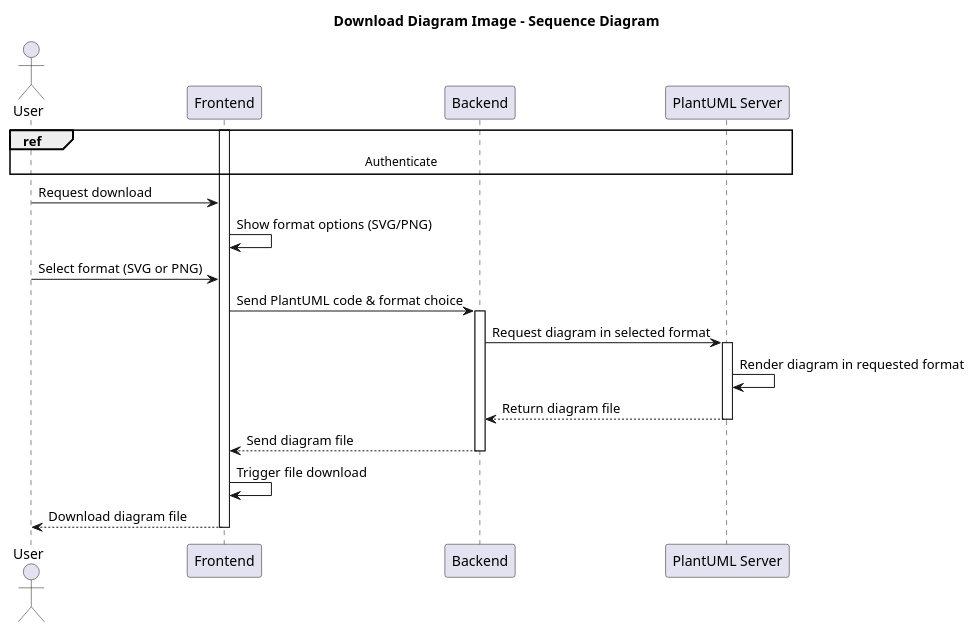
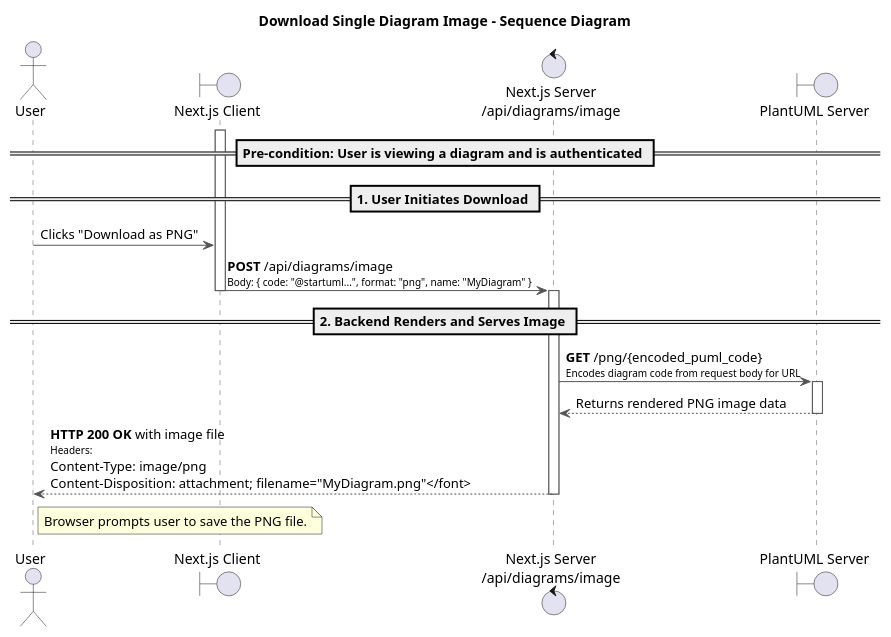
Before and after one commit to souhaib-askri/report_pfe: the diagram in conception/SprintIV/sequence_diagrams/sequence_workspaceManagement_4_5_DownloadDiagramImages.puml, drawn with PlantUML. The commit also changed 20 other files, not shown here.

Commit message:
update sequence diagram

```diff
--- a/conception/SprintIV/sequence_diagrams/sequence_workspaceManagement_4_5_DownloadDiagramImages.puml
+++ b/conception/SprintIV/sequence_diagrams/sequence_workspaceManagement_4_5_DownloadDiagramImages.puml
@@ -1,35 +1,40 @@
 @startuml
-title Download Diagram Image - Sequence Diagram
+title Download Single Diagram Image - Sequence Diagram
 
 actor User
-participant Frontend
-participant Backend
-participant "PlantUML Server" as PlantUML
+boundary "Next.js Client" as Client
+control "Next.js Server\n/api/diagrams/image" as Server
+boundary "PlantUML Server" as PlantUML
 
-ref over User, PlantUML: Authenticate
+skinparam sequence {
+    ArrowColor #555
+    ActorBorderColor #555
+    LifeLineBorderColor #555
+    ParticipantBorderColor #007bff
+    DatabaseBorderColor #d9534f
+    ControlBorderColor #5cb85c
+    BoundaryBorderColor #f0ad4e
+}
 
+== Pre-condition: User is viewing a diagram and is authenticated ==
 
+== 1. User Initiates Download ==
+activate Client
+User -> Client: Clicks "Download as PNG"
 
-activate Frontend
+Client -> Server: **POST** /api/diagrams/image\n<font size=10>Body: { code: "@startuml...", format: "png", name: "MyDiagram" }</font>
+deactivate Client
+activate Server
 
-User -> Frontend: Request download
-Frontend -> Frontend: Show format options (SVG/PNG)
-
-User -> Frontend: Select format (SVG or PNG)
-Frontend -> Backend: Send PlantUML code & format choice
-activate Backend
-
-Backend -> PlantUML: Request diagram in selected format
+== 2. Backend Renders and Serves Image ==
+Server -> PlantUML: **GET** /png/{encoded_puml_code}\n<font size=10>Encodes diagram code from request body for URL</font>
 activate PlantUML
-PlantUML -> PlantUML: Render diagram in requested format
-PlantUML --> Backend: Return diagram file
+PlantUML --> Server: Returns rendered PNG image data
 deactivate PlantUML
 
-Backend --> Frontend: Send diagram file
-deactivate Backend
+Server --> User: **HTTP 200 OK** with image file\n<font size=10>Headers:\nContent-Type: image/png\nContent-Disposition: attachment; filename="MyDiagram.png"</font>
+deactivate Server
 
-Frontend -> Frontend: Trigger file download
-Frontend --> User: Download diagram file
-deactivate Frontend
+note right of User: Browser prompts user to save the PNG file.
 
 @enduml
```
